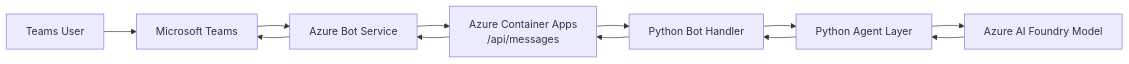
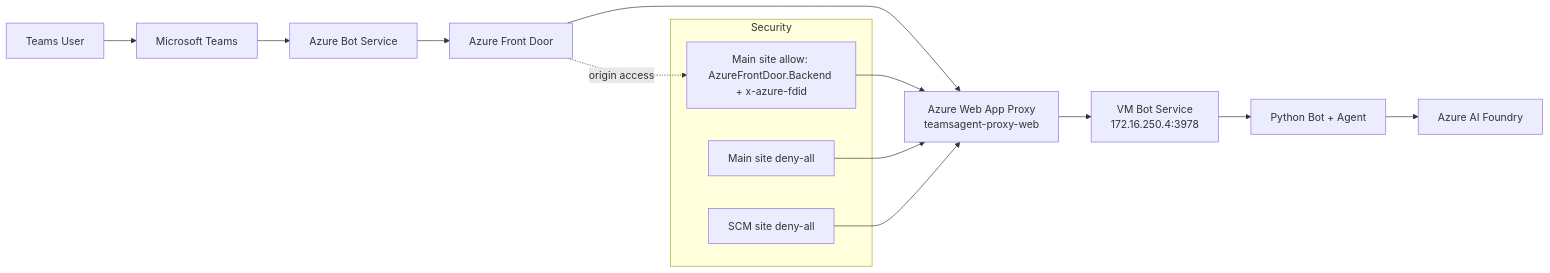
One commit to gaussye/teams-app changed the first of 2 diagrams in README.md. Above: the diagram before and after it, drawn with Mermaid. The commit also changed other lines of this file and 1 other file, not shown here.

Commit message:
docs: update README architecture and test flow

````diff
--- a/README.md
+++ b/README.md
@@ -30,14 +22,21 @@
 ```mermaid
 flowchart LR
     U[Teams User] --> T[Microsoft Teams]
     T --> B[Azure Bot Service]
-    B --> C[Azure Container Apps\n/api/messages]
-    C --> P[Python Bot Handler]
-    P --> A[Python Agent Layer]
-    A --> F[Azure AI Foundry Model]
-    F --> A
-    A --> P
-    P --> C
-    C --> B
-    B --> T
+    B --> D[Azure Front Door]
+    D --> P[Azure Web App Proxy\nteamsagent-proxy-web]
+    P --> V[VM Bot Service\n172.16.250.4:3978]
+    V --> G[Python Bot + Agent]
+    G --> F[Azure AI Foundry]
+
+    subgraph Security
+      S1[Main site allow: AzureFrontDoor.Backend + x-azure-fdid]
+      S2[Main site deny-all]
+      S3[SCM site deny-all]
+    end
+
+    D -. origin access .-> S1
+    S1 --> P
+    S2 --> P
+    S3 --> P
 ```
````
